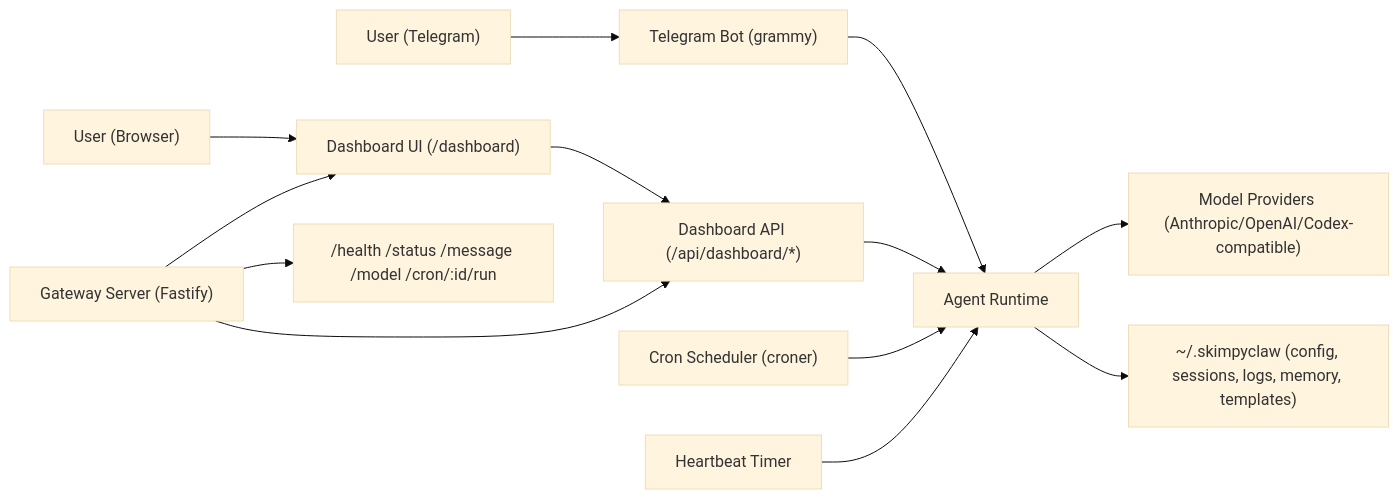
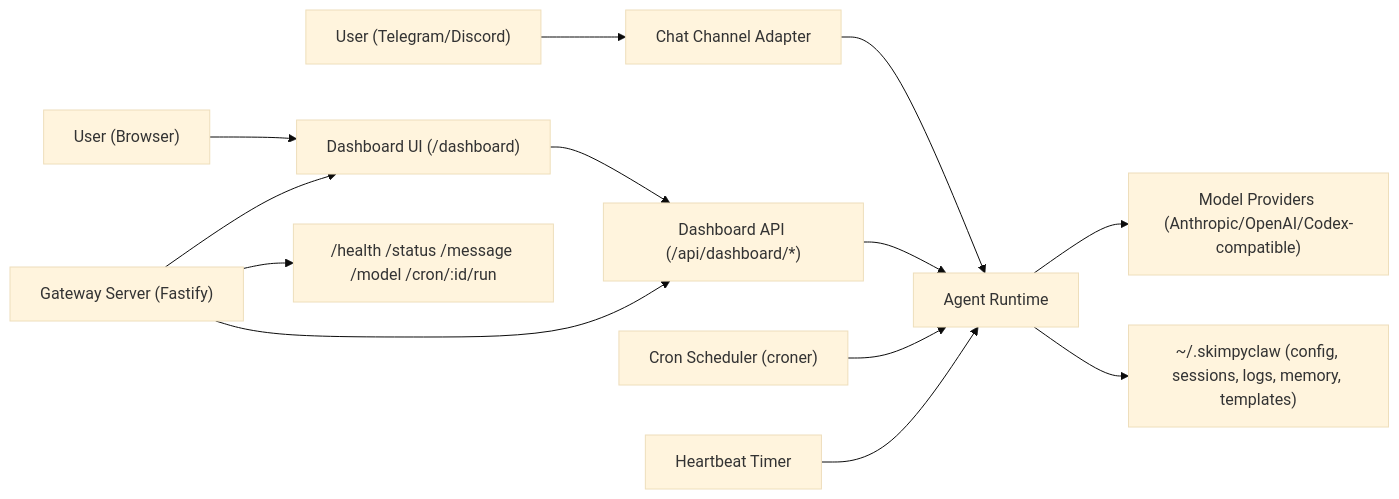
One commit to kat3samsin/skimpyclaw changed the first of 3 diagrams in README.md. Above: the diagram before and after it, drawn with Mermaid (base theme). The commit also changed other lines of this file and 13 other files, not shown here.

Commit message:
feat: add discord channel adapter and active channel routing

````diff
--- a/README.md
+++ b/README.md
@@ -30,15 +30,15 @@
 ```mermaid
 flowchart LR
-  user["User (Telegram)"] --> tg["Telegram Bot (grammy)"]
+  user["User (Telegram/Discord)"] --> tg["Chat Channel Adapter"]
   user2["User (Browser)"] --> dash["Dashboard UI (/dashboard)"]
   dash --> api["Dashboard API (/api/dashboard/*)"]
   tg --> agent["Agent Runtime"]
   api --> agent
   gw["Gateway Server (Fastify)"] --> api
   gw --> dash
   gw --> st["/health /status /message /model /cron/:id/run"]
   cron["Cron Scheduler (croner)"] --> agent
   hb["Heartbeat Timer"] --> agent
   agent --> models["Model Providers (Anthropic/OpenAI/Codex-compatible)"]
   agent --> fs["~/.skimpyclaw (config, sessions, logs, memory, templates)"]
 ```
````
